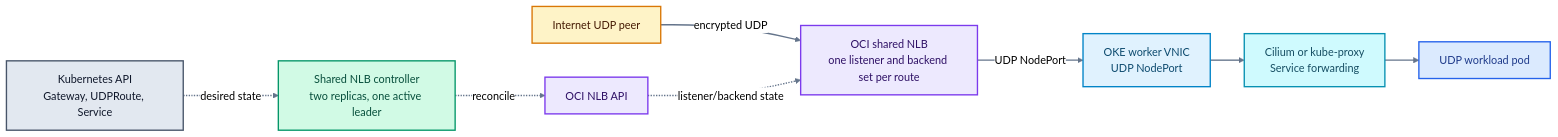
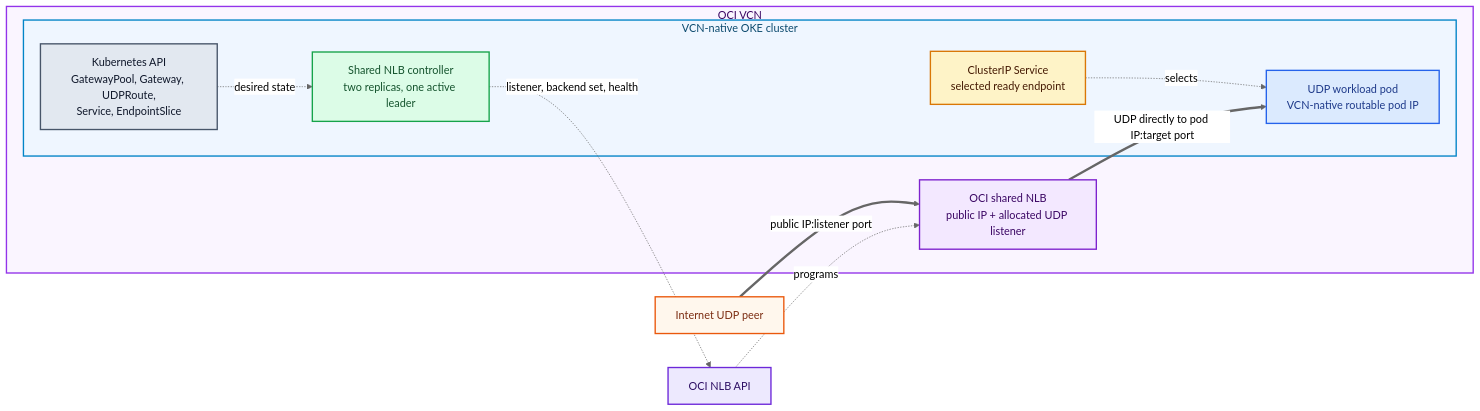
One commit to RyanHelferich/oci-shared-nlb-gateway-controller changed the first of 3 diagrams in README.md. Above: the diagram before and after it, drawn with Mermaid (neutral theme). The commit also changed other lines of this file, not shown here.

Commit message:
Document both OKE data plane architectures

````diff
--- a/README.md
+++ b/README.md
@@ -41,25 +35,34 @@
 ```mermaid
 flowchart LR
   peer[Internet UDP peer]:::external
-  nlb[OCI shared NLB<br/>one listener and backend set per route]:::oci
-  worker[OKE worker VNIC<br/>UDP NodePort]:::oke
-  dataplane[Cilium or kube-proxy<br/>Service forwarding]:::network
-  pod[UDP workload pod]:::workload
-  api[Kubernetes API<br/>Gateway, UDPRoute, Service]:::k8s
-  ctl[Shared NLB controller<br/>two replicas, one active leader]:::controller
-  ociapi[OCI NLB API]:::oci
 
-  peer -->|encrypted UDP| nlb -->|UDP NodePort| worker --> dataplane --> pod
-  api -. desired state .-> ctl
-  ctl -. reconcile .-> ociapi
-  ociapi -. listener/backend state .-> nlb
+  subgraph vcn[OCI VCN]
+    nlb[OCI shared NLB<br/>public IP + allocated UDP listener]:::oci
 
-  classDef external fill:#fef3c7,stroke:#d97706,color:#451a03,stroke-width:2px;
-  classDef oci fill:#ede9fe,stroke:#7c3aed,color:#2e1065,stroke-width:2px;
-  classDef oke fill:#e0f2fe,stroke:#0284c7,color:#0c4a6e,stroke-width:2px;
-  classDef network fill:#cffafe,stroke:#0891b2,color:#164e63,stroke-width:2px;
+    subgraph oke[VCN-native OKE cluster]
+      api[Kubernetes API<br/>GatewayPool, Gateway, UDPRoute,<br/>Service, EndpointSlice]:::k8s
+      ctl[Shared NLB controller<br/>two replicas, one active leader]:::controller
+      svc[ClusterIP Service<br/>selected ready endpoint]:::service
+      pod[UDP workload pod<br/>VCN-native routable pod IP]:::workload
+      svc -. selects .-> pod
+      api -. desired state .-> ctl
+    end
+  end
+
+  ociapi[OCI NLB API]:::ociapi
+
+  peer ==>|public IP:listener port| nlb
+  nlb ==>|UDP directly to pod IP:target port| pod
+  ctl -. listener, backend set, health .-> ociapi
+  ociapi -. programs .-> nlb
+
+  classDef external fill:#fff7ed,stroke:#ea580c,color:#7c2d12,stroke-width:2px;
+  classDef oci fill:#f3e8ff,stroke:#7e22ce,color:#3b0764,stroke-width:2px;
+  classDef ociapi fill:#ede9fe,stroke:#6d28d9,color:#2e1065,stroke-width:2px;
+  classDef k8s fill:#e2e8f0,stroke:#475569,color:#0f172a,stroke-width:2px;
+  classDef controller fill:#dcfce7,stroke:#16a34a,color:#14532d,stroke-width:2px;
+  classDef service fill:#fef3c7,stroke:#d97706,color:#451a03,stroke-width:2px;
   classDef workload fill:#dbeafe,stroke:#2563eb,color:#1e3a8a,stroke-width:2px;
-  classDef k8s fill:#e2e8f0,stroke:#475569,color:#0f172a,stroke-width:2px;
-  classDef controller fill:#d1fae5,stroke:#059669,color:#064e3b,stroke-width:2px;
-  linkStyle default stroke:#64748b,stroke-width:2px;
+  style vcn fill:#faf5ff,stroke:#9333ea,stroke-width:2px,color:#3b0764
+  style oke fill:#eff6ff,stroke:#0284c7,stroke-width:2px,color:#0c4a6e
 ```
````
